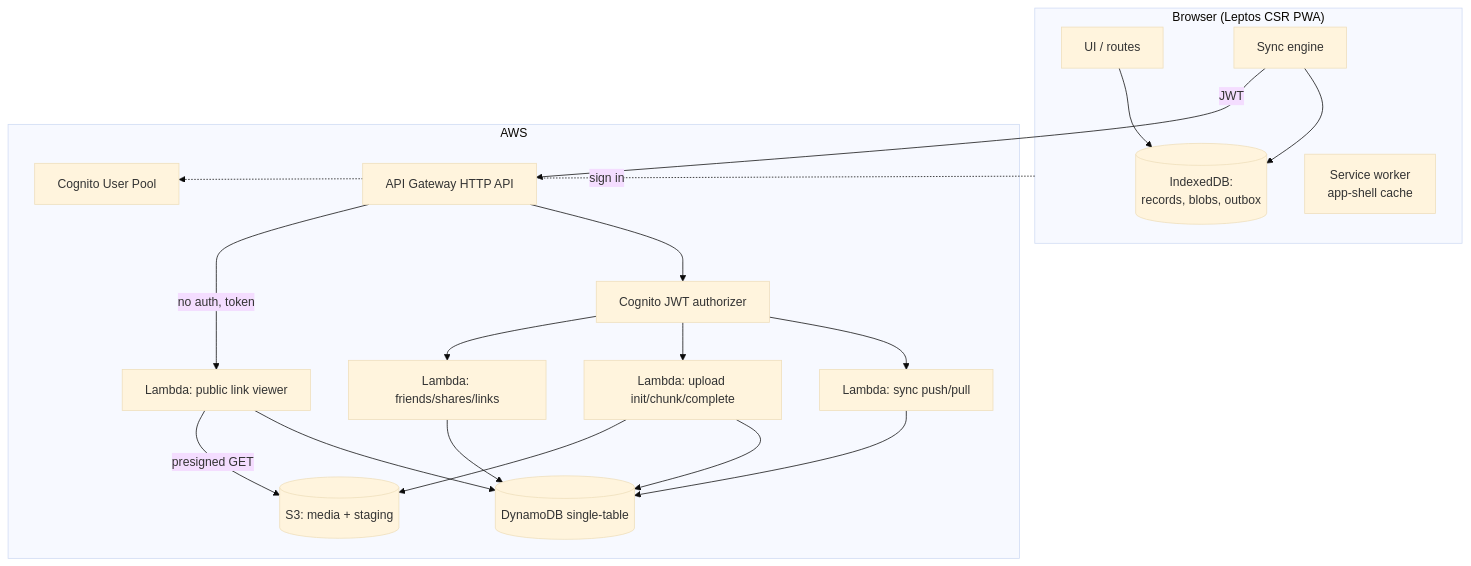
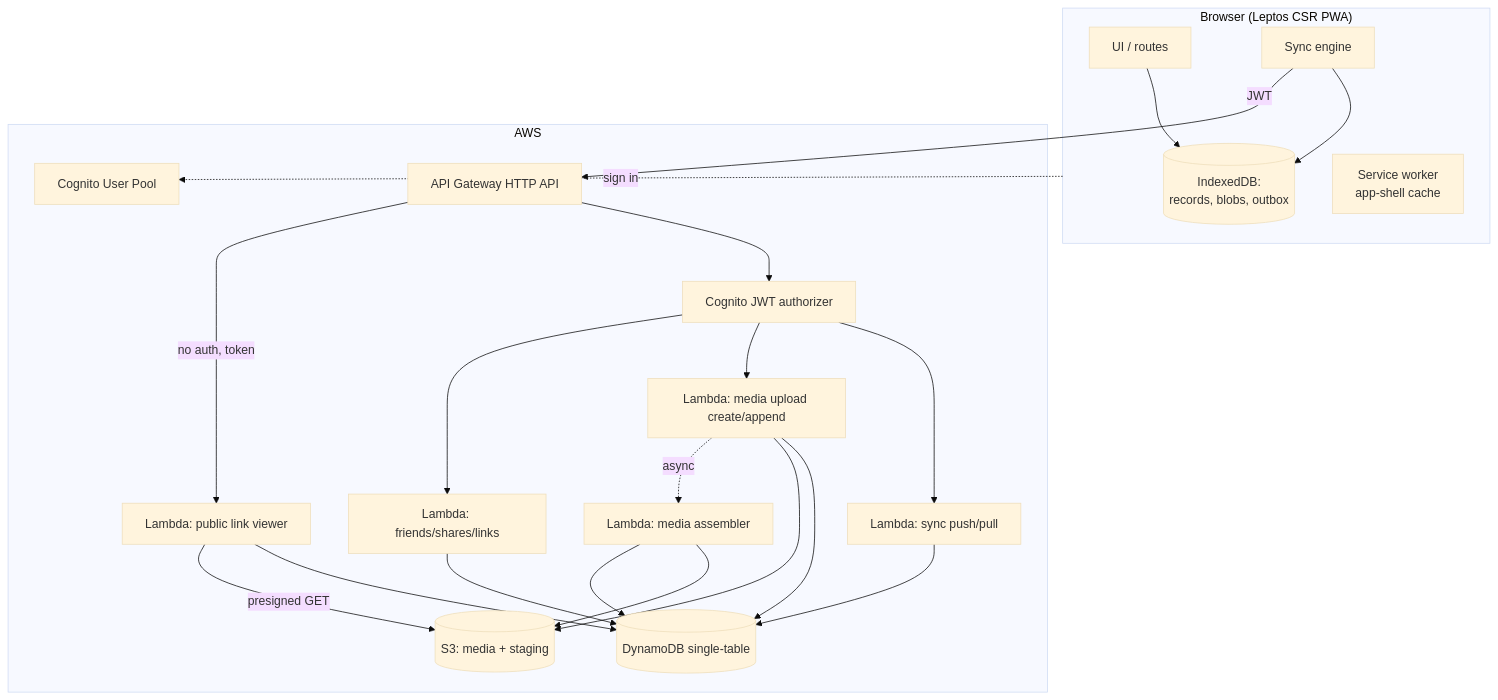
The first of 3 diagrams in docs/hld.md (mvamgc/travel-records), drawn with Mermaid (base theme) before and after one commit. The commit also changed other lines of this file and 3 other files, not shown here.

First line of the commit message:
ADR-0001: resumable media upload in small chunks

````diff
--- a/docs/hld.md
+++ b/docs/hld.md
@@ -11,32 +11,35 @@
 ```mermaid
 graph TD
   subgraph Client["Browser (Leptos CSR PWA)"]
     UI[UI / routes]
     Store[(IndexedDB:<br/>records, blobs, outbox)]
     Sync[Sync engine]
     SW[Service worker<br/>app-shell cache]
     UI --> Store
     Sync --> Store
   end
 
   subgraph AWS
     APIGW[API Gateway HTTP API]
     Authz[Cognito JWT authorizer]
     LSync[Lambda: sync push/pull]
-    LMedia[Lambda: upload init/chunk/complete]
+    LMedia[Lambda: media upload create/append]
+    LAssemble[Lambda: media assembler]
     LShare[Lambda: friends/shares/links]
     LPublic[Lambda: public link viewer]
     DDB[(DynamoDB single-table)]
     S3[(S3: media + staging)]
     Cognito[Cognito User Pool]
   end
 
   Sync -->|JWT| APIGW
   APIGW --> Authz
   Authz --> LSync & LMedia & LShare
   APIGW -->|no auth, token| LPublic
   LSync & LMedia & LShare & LPublic --> DDB
   LMedia --> S3
+  LMedia -. async .-> LAssemble
+  LAssemble --> S3 & DDB
   LPublic -->|presigned GET| S3
   Client -. sign in .-> Cognito
 ```
````
